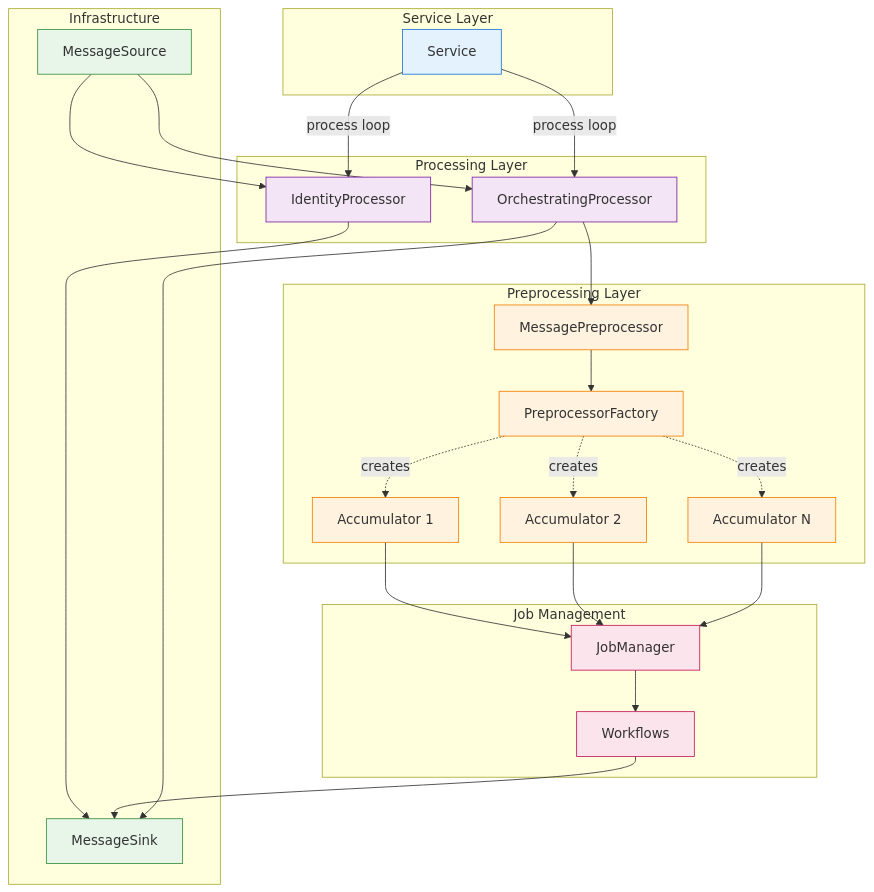
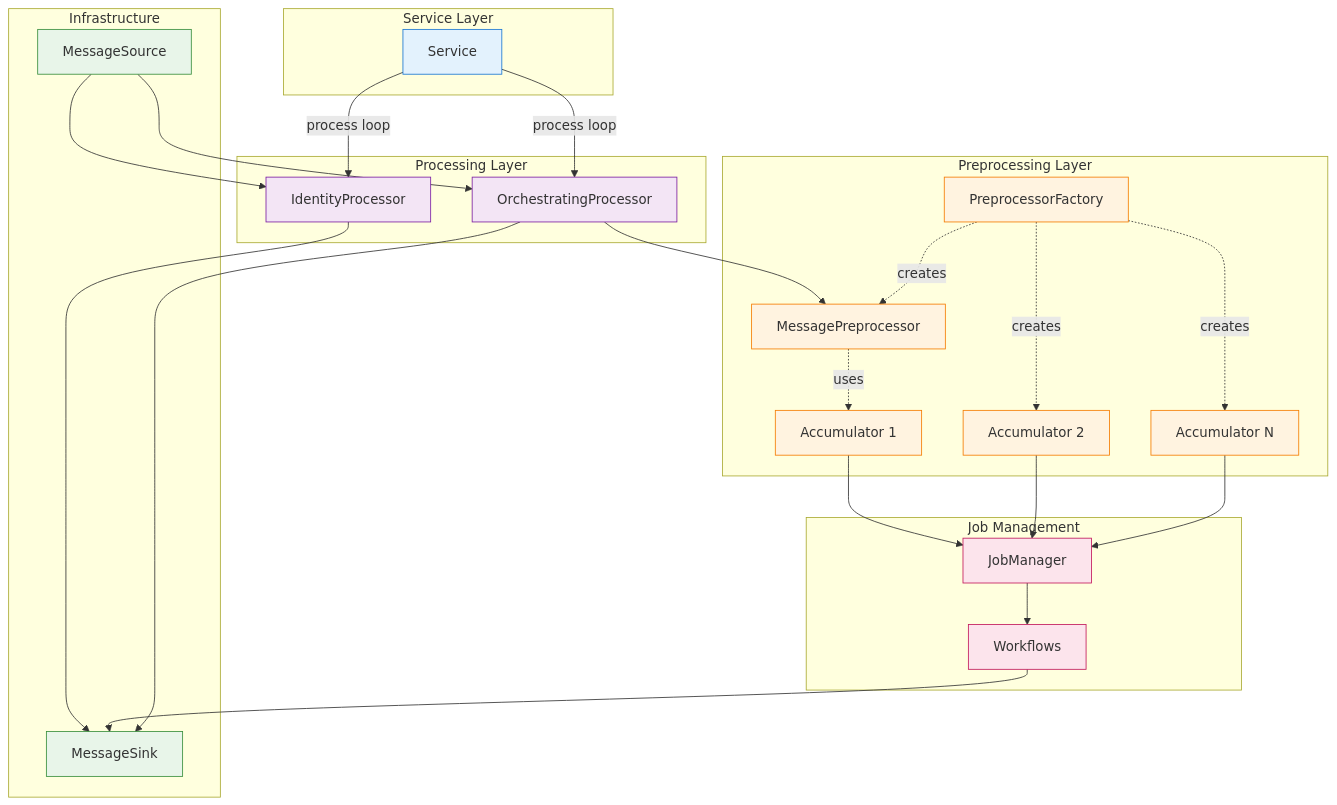
Before and after one commit to scipp/esslivedata: the first of 3 diagrams in docs/developer/design/backend-service-architecture.md, drawn with Mermaid. The commit also changed other lines of this file and 4 other files, not shown here.

````diff
--- a/docs/developer/design/backend-service-architecture.md
+++ b/docs/developer/design/backend-service-architecture.md
@@ -15,58 +15,58 @@
 ```mermaid
 graph TD
     subgraph "Service Layer"
         Service[Service]
     end
 
     subgraph "Processing Layer"
         IP[IdentityProcessor]
         OP[OrchestratingProcessor]
     end
 
     subgraph "Preprocessing Layer"
         PF[PreprocessorFactory]
         MP[MessagePreprocessor]
         A1[Accumulator 1]
         A2[Accumulator 2]
         A3[Accumulator N]
     end
 
     subgraph "Job Management"
         JM[JobManager]
         WF[Workflows]
     end
 
     subgraph "Infrastructure"
         MS[MessageSource]
         MSink[MessageSink]
     end
 
     Service -->|process loop| IP
     Service -->|process loop| OP
     MS --> IP
     MS --> OP
     IP --> MSink
     OP --> MP
-    MP --> PF
-    PF -.creates.-> A1
+    PF -.creates.-> MP
+    MP -.uses.-> A1
     PF -.creates.-> A2
     PF -.creates.-> A3
     A1 --> JM
     A2 --> JM
     A3 --> JM
     JM --> WF
     WF --> MSink
     OP --> MSink
 
     classDef service fill:#e3f2fd,stroke:#1976d2;
     classDef processor fill:#f3e5f5,stroke:#7b1fa2;
     classDef preproc fill:#fff3e0,stroke:#f57c00;
     classDef job fill:#fce4ec,stroke:#c2185b;
     classDef infra fill:#e8f5e9,stroke:#388e3c;
 
     class Service service;
     class IP,OP processor;
     class PF,MP,A1,A2,A3 preproc;
     class JM,WF job;
     class MS,MSink infra;
 ```
````
